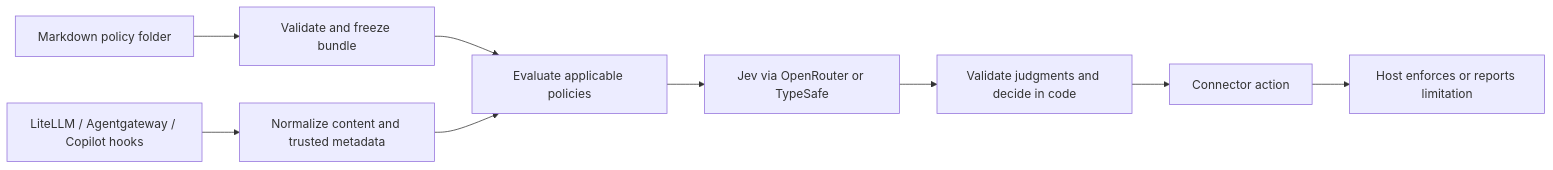
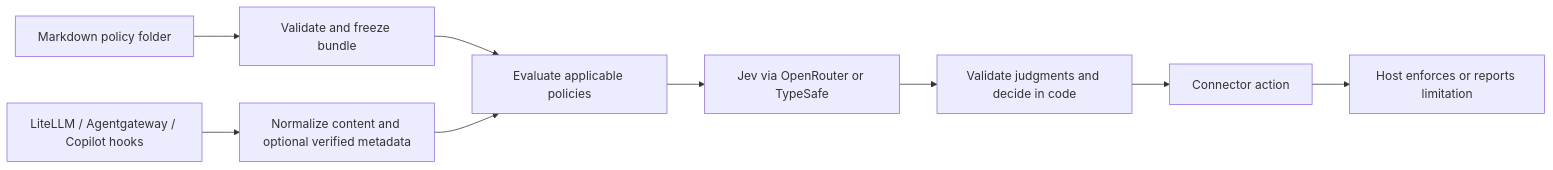
The diagram in docs/release-plan.md (humanwill-ai/humanwill-jev-policies), drawn with Mermaid before and after one commit. The commit also changed other lines of this file and 9 other files, not shown here.

Commit message:
Design optional trusted metadata and stage-specific policy checks

````diff
--- a/docs/release-plan.md
+++ b/docs/release-plan.md
@@ -69,11 +69,11 @@
 ```mermaid
 flowchart LR
   P[Markdown policy folder] --> L[Validate and freeze bundle]
-  A[LiteLLM / Agentgateway / Copilot hooks] --> N[Normalize content and trusted metadata]
+  A[LiteLLM / Agentgateway / Copilot hooks] --> N[Normalize content and optional verified metadata]
   L --> E[Evaluate applicable policies]
   N --> E
   E --> J[Jev via OpenRouter or TypeSafe]
   J --> D[Validate judgments and decide in code]
   D --> C[Connector action]
   C --> H[Host enforces or reports limitation]
 ```
````
